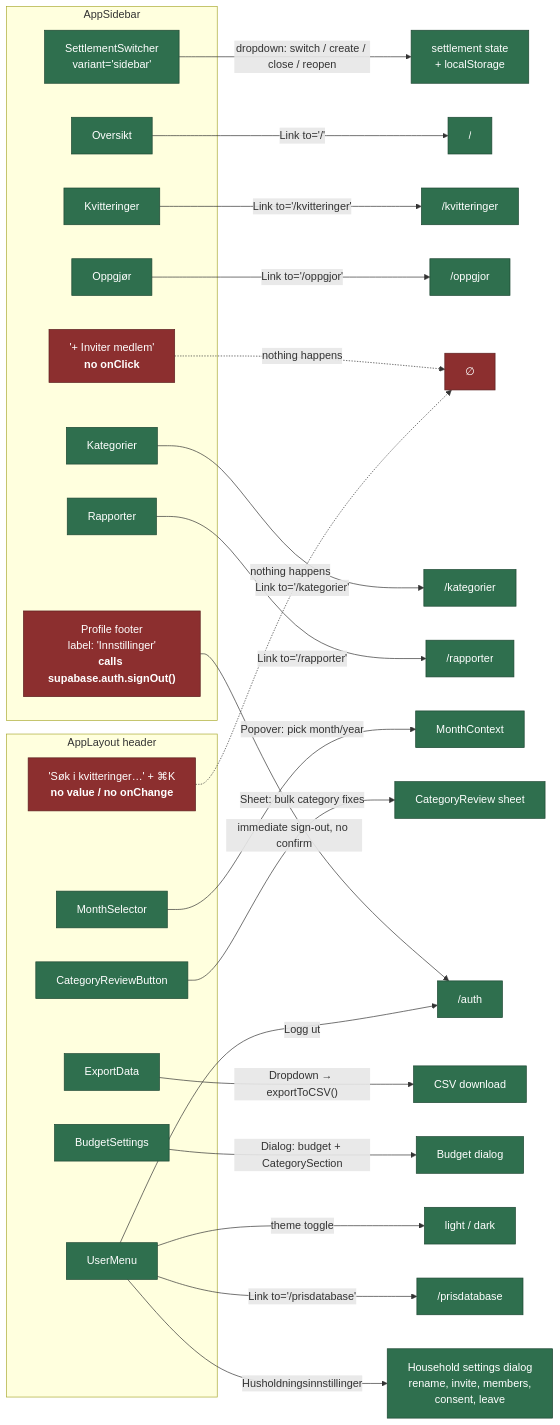
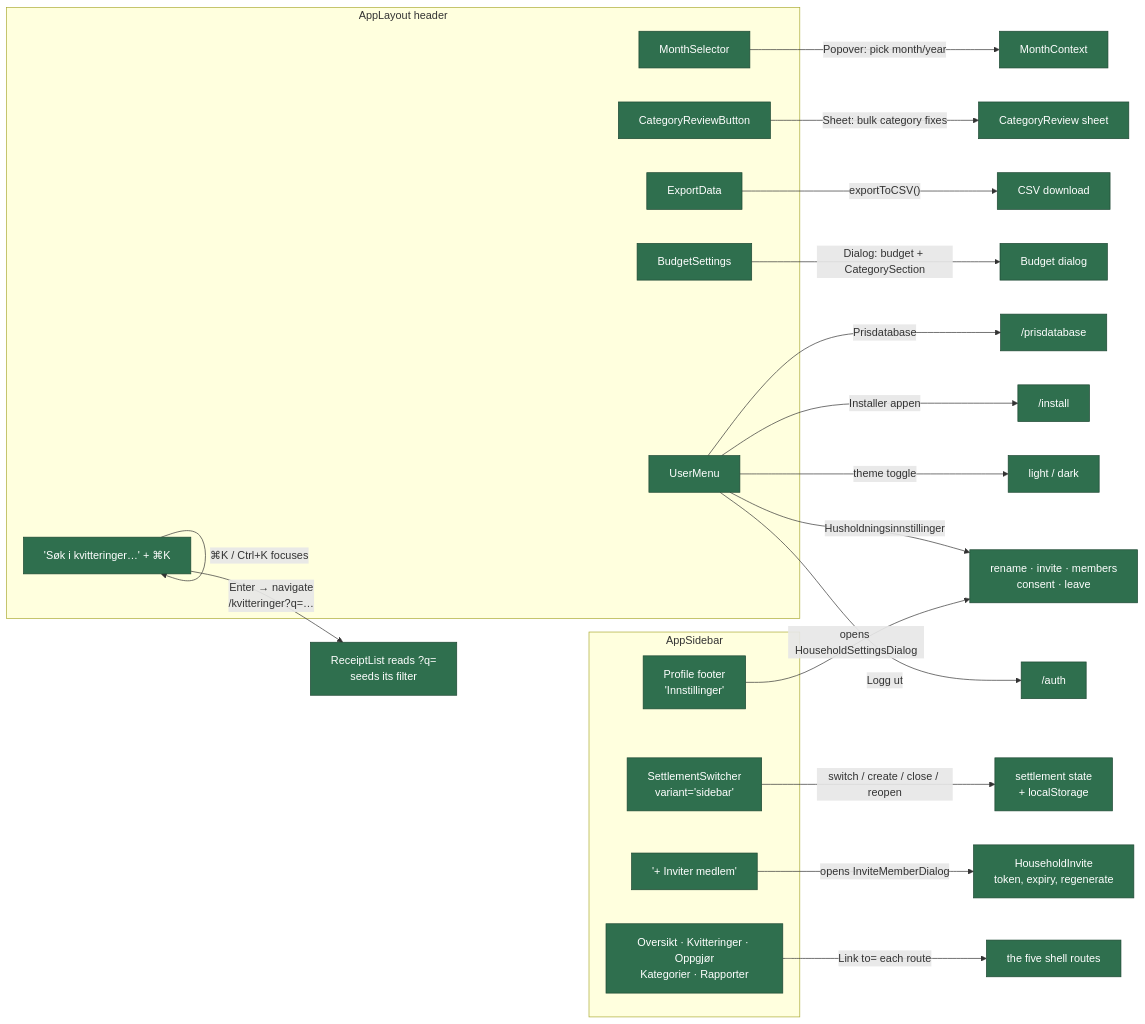
The second of 8 diagrams in docs/user-flows.md (BalderYtterhus/budget-app), drawn with Mermaid before and after one commit. The commit also changed other lines of this file and 1 other file, not shown here.

First line of the commit message:
docs: regenerate the flow diagrams and log the session

````diff
--- a/docs/user-flows.md
+++ b/docs/user-flows.md
@@ -67,49 +64,39 @@
 ```mermaid
 flowchart LR
     classDef ok fill:#2f6f4e,stroke:#1d4732,color:#fff
-    classDef cond fill:#8a6d1f,stroke:#5c4813,color:#fff
-    classDef bad fill:#8c2f2f,stroke:#5c1f1f,color:#fff
-    classDef orphan fill:#4a4a4a,stroke:#2e2e2e,color:#ddd
 
     subgraph SB["AppSidebar"]
         SW["SettlementSwitcher<br/>variant='sidebar'"]
-        INV["'+ Inviter medlem'<br/><b>no onClick</b>"]
-        N1["Oversikt"]
-        N2["Kvitteringer"]
-        N3["Oppgjør"]
-        N4["Kategorier"]
-        N5["Rapporter"]
-        FOOT["Profile footer<br/>label: 'Innstillinger'<br/><b>calls supabase.auth.signOut()</b>"]
+        INV["'+ Inviter medlem'"]
+        NAV["Oversikt · Kvitteringer · Oppgjør<br/>Kategorier · Rapporter"]
+        FOOT["Profile footer<br/>'Innstillinger'"]
     end
 
     subgraph HD["AppLayout header"]
-        SEARCH["'Søk i kvitteringer…' + ⌘K<br/><b>no value / no onChange</b>"]
+        SEARCH["'Søk i kvitteringer…' + ⌘K"]
         MS["MonthSelector"]
         CRB["CategoryReviewButton"]
         EXP["ExportData"]
         BS["BudgetSettings"]
         UM["UserMenu"]
     end
 
-    N1 -->|"Link to='/'"| P1["/"]
-    N2 -->|"Link to='/kvitteringer'"| P2["/kvitteringer"]
-    N3 -->|"Link to='/oppgjor'"| P3["/oppgjor"]
-    N4 -->|"Link to='/kategorier'"| P4["/kategorier"]
-    N5 -->|"Link to='/rapporter'"| P5["/rapporter"]
-    SW -->|"dropdown: switch / create / close / reopen"| SWD["settlement state<br/>+ localStorage"]
-    INV -.->|"nothing happens"| DEAD["∅"]
-    FOOT -->|"immediate sign-out, no confirm"| AUTHP["/auth"]
+    NAV -->|"Link to= each route"| PAGES["the five shell routes"]
+    SW -->|"switch / create / close / reopen"| SWD["settlement state<br/>+ localStorage"]
+    INV -->|"opens InviteMemberDialog"| INVD["HouseholdInvite<br/>token, expiry, regenerate"]
+    FOOT -->|"opens HouseholdSettingsDialog"| HSD
 
+    SEARCH -->|"Enter → navigate<br/>/kvitteringer?q=…"| RLQ["ReceiptList reads ?q=<br/>seeds its filter"]
+    SEARCH -->|"⌘K / Ctrl+K focuses"| SEARCH
     MS -->|"Popover: pick month/year"| MCTX["MonthContext"]
     CRB -->|"Sheet: bulk category fixes"| CRS["CategoryReview sheet"]
-    EXP -->|"Dropdown → exportToCSV()"| CSV["CSV download"]
+    EXP -->|"exportToCSV()"| CSV["CSV download"]
     BS -->|"Dialog: budget + CategorySection"| BSD["Budget dialog"]
-    UM -->|"Husholdningsinnstillinger"| HSD["Household settings dialog<br/>rename, invite, members,<br/>consent, leave"]
-    UM -->|"Link to='/prisdatabase'"| PRISP["/prisdatabase"]
+    UM -->|"Husholdningsinnstillinger"| HSD["rename · invite · members<br/>consent · leave"]
+    UM -->|"Prisdatabase"| PRISP["/prisdatabase"]
+    UM -->|"Installer appen"| INSTP["/install"]
     UM -->|"theme toggle"| TH["light / dark"]
-    UM -->|"Logg ut"| AUTHP
-    SEARCH -.->|"nothing happens"| DEAD
+    UM -->|"Logg ut"| AUTHP["/auth"]
 
-    class SW,N1,N2,N3,N4,N5,P1,P2,P3,P4,P5,SWD,MS,CRB,EXP,BS,UM,MCTX,CRS,CSV,BSD,HSD,PRISP,TH,AUTHP ok
-    class INV,SEARCH,FOOT,DEAD bad
+    class SW,INV,NAV,FOOT,SEARCH,MS,CRB,EXP,BS,UM,PAGES,SWD,INVD,HSD,RLQ,MCTX,CRS,CSV,BSD,PRISP,INSTP,TH,AUTHP ok
 ```
````
